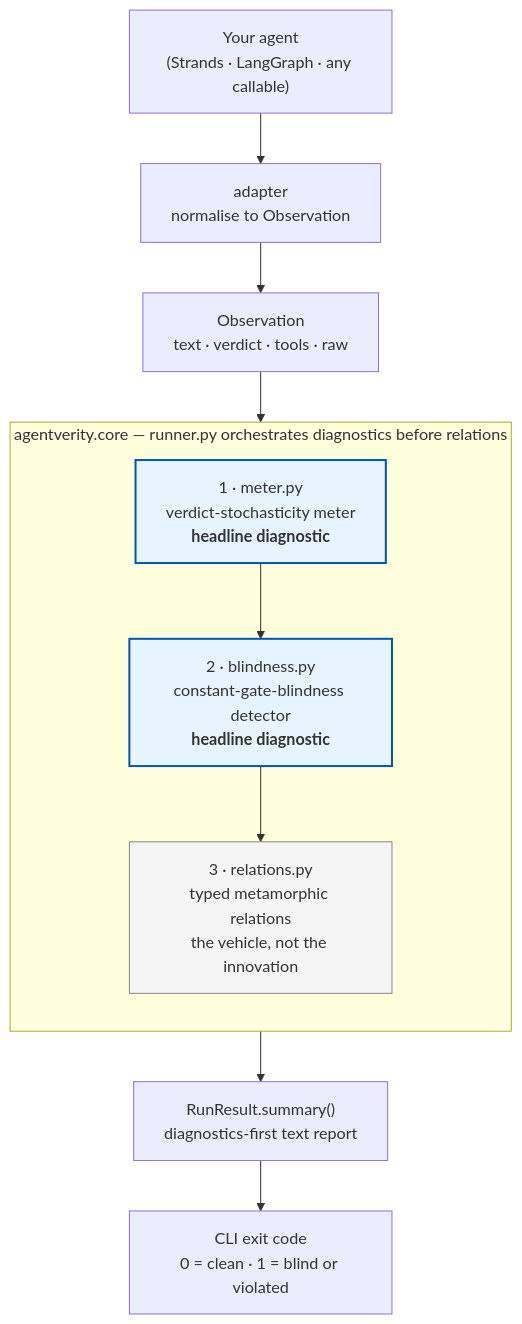
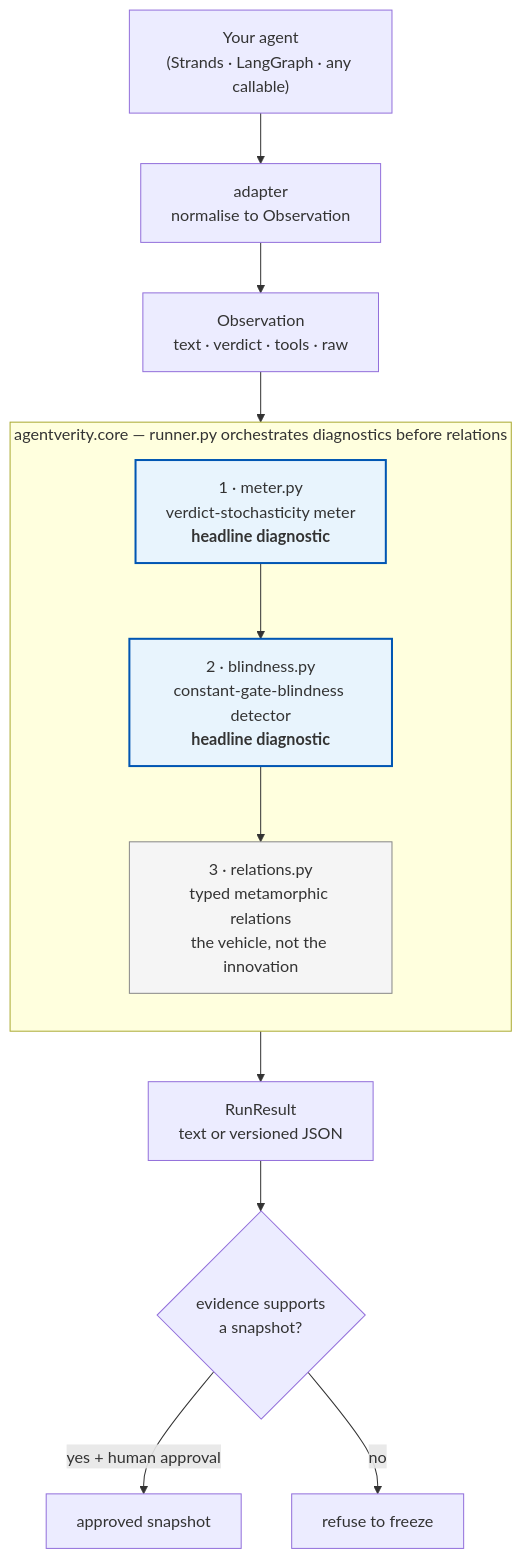
The diagram in README.md (mrwersa/agentverity), drawn with Mermaid before and after one commit. The commit also changed other lines of this file and 22 other files, not shown here.

````diff
--- a/README.md
+++ b/README.md
@@ -240,24 +306,26 @@
 ```mermaid
 flowchart TD
     Agent["Your agent<br/>(Strands · LangGraph · any callable)"]
     Adapter["adapter<br/>normalise to Observation"]
     Obs["Observation<br/>text · verdict · tools · raw"]
 
     Agent --> Adapter --> Obs
 
     subgraph Core["agentverity.core — runner.py orchestrates diagnostics before relations"]
         direction TB
         Meter["1 · meter.py<br/>verdict-stochasticity meter<br/><b>headline diagnostic</b>"]
         Blind["2 · blindness.py<br/>constant-gate-blindness detector<br/><b>headline diagnostic</b>"]
         Rel["3 · relations.py<br/>typed metamorphic relations<br/>the vehicle, not the innovation"]
         Meter --> Blind --> Rel
     end
 
     Obs --> Meter
-    Rel --> Result["RunResult.summary()<br/>diagnostics-first text report"]
-    Result --> Exit["CLI exit code<br/>0 = clean · 1 = blind or violated"]
+    Rel --> Result["RunResult<br/>text or versioned JSON"]
+    Result --> Gate{"evidence supports<br/>a snapshot?"}
+    Gate -->|yes + human approval| Snapshot["approved snapshot"]
+    Gate -->|no| Refuse["refuse to freeze"]
 
     style Meter fill:#e8f4fd,stroke:#0056b3,stroke-width:2px
     style Blind fill:#e8f4fd,stroke:#0056b3,stroke-width:2px
     style Rel fill:#f5f5f5,stroke:#888
 ```
````
